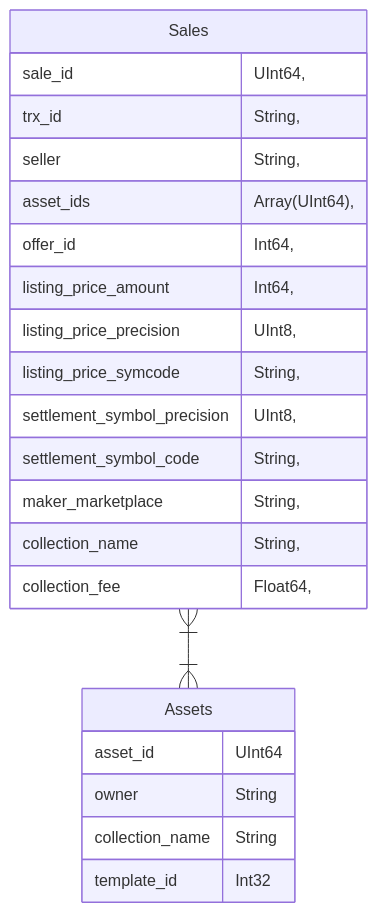
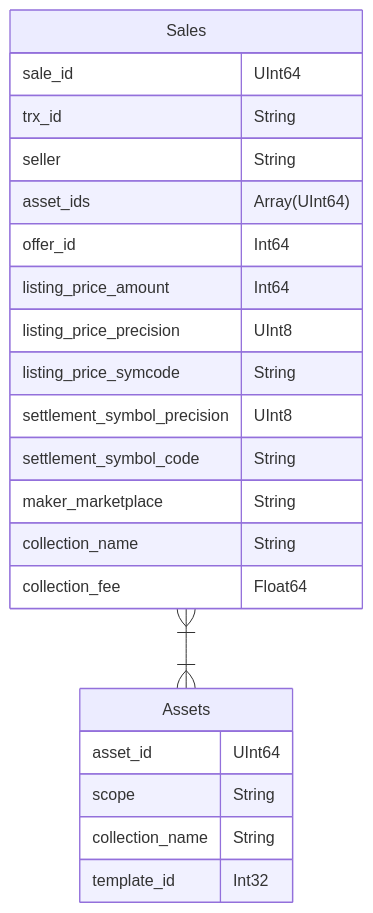
Before and after one commit to pinax-network/substreams-atomic-api: the diagram in README.md, drawn with Mermaid.

Commit message:
Fixed erDiagram in README

````diff
--- a/README.md
+++ b/README.md
@@ -66,27 +66,29 @@
 ```mermaid
 erDiagram
     Sales }|--|{ Assets : " "
 
     Sales {
-        sale_id     UInt64,
-        trx_id      String,
-        seller      String,
-        asset_ids   Array(UInt64),
-        offer_id    Int64,
-        listing_price_amount  Int64,
-        listing_price_precision  UInt8,
-        listing_price_symcode    String,
-        settlement_symbol_precision   UInt8,
-        settlement_symbol_code String,
-        maker_marketplace String,
-        collection_name String,
-        collection_fee  Float64,
+        sale_id     UInt64
+        trx_id      String
+        seller      String
+        asset_ids   Array(UInt64)
+        offer_id    Int64
+        listing_price_amount  Int64
+        listing_price_precision  UInt8
+        listing_price_symcode    String
+        settlement_symbol_precision   UInt8
+        settlement_symbol_code String
+        maker_marketplace String
+        collection_name String
+        collection_fee  Float64
+
     }
 
     Assets {
         asset_id     UInt64
-        owner        String
+        scope        String
         collection_name String
         template_id  Int32
+
     }
 ```
````
